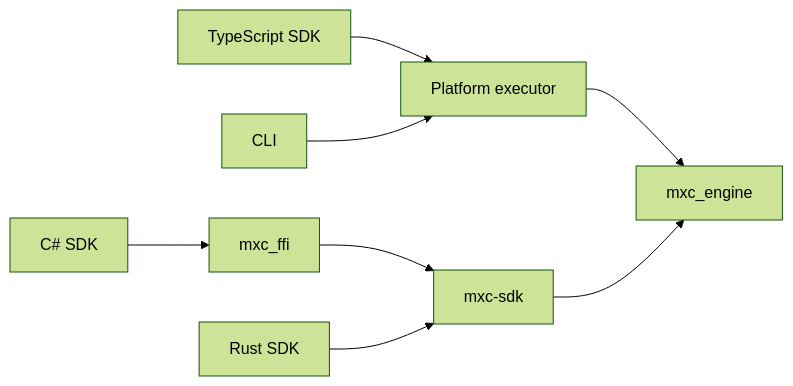
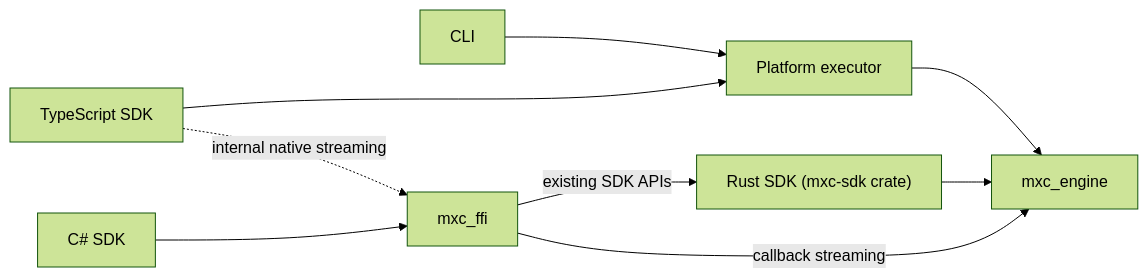
Before and after one commit to microsoft/mxc: the second of 2 diagrams in docs/architecture.md, drawn with Mermaid (forest theme). The commit also changed other lines of this file and 16 other files, not shown here.

First line of the commit message:
Add engine-owned streaming I/O coordination

````diff
--- a/docs/architecture.md
+++ b/docs/architecture.md
@@ -100,18 +100,19 @@
 ```mermaid
 flowchart LR
     typescript["TypeScript SDK"]
     cli["CLI"]
     csharp["C# SDK"]
-    rust["Rust SDK"]
+    rust["Rust SDK (mxc-sdk crate)"]
     executor["Platform executor"]
     ffi["mxc_ffi"]
-    sdk["mxc-sdk"]
     engine["mxc_engine"]
 
     typescript --> executor
+    typescript -. "internal native streaming" .-> ffi
     cli --> executor
-    csharp --> ffi --> sdk
-    rust --> sdk
+    csharp --> ffi
+    ffi -->|"existing SDK APIs"| rust
+    ffi -->|"callback streaming"| engine
     executor --> engine
-    sdk --> engine
+    rust --> engine
 ```
````
